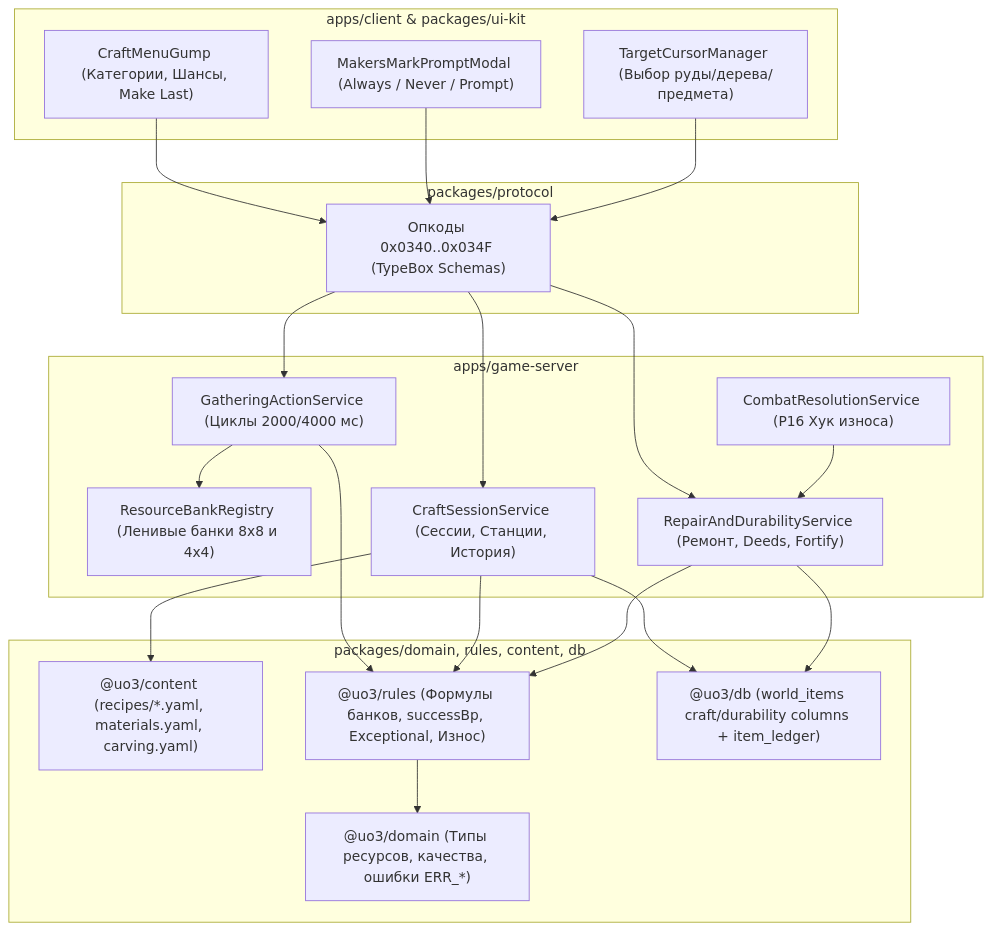
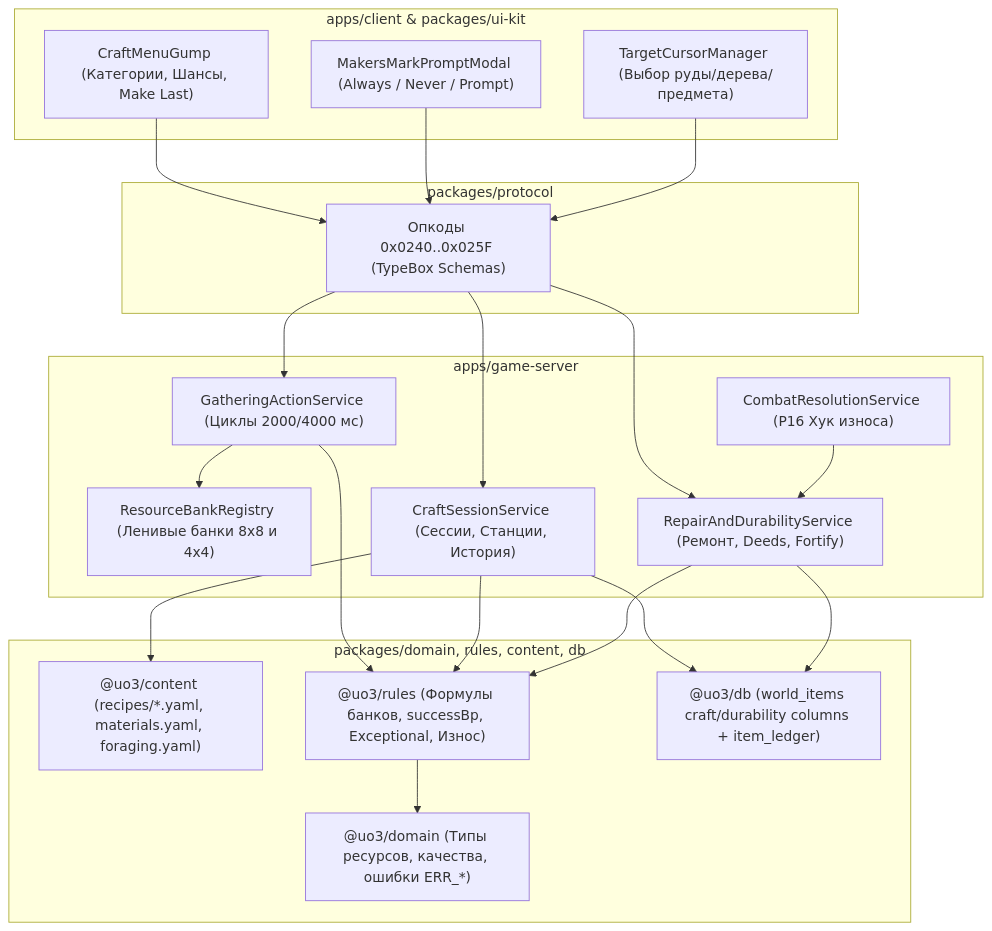
The first of 2 diagrams in openspec/changes/p20-gathering-and-crafting/design.md (SergioAndreev/uo3), drawn with Mermaid before and after one commit. The commit also changed other lines of this file and 188 other files, not shown here.

````diff
--- a/openspec/changes/p20-gathering-and-crafting/design.md
+++ b/openspec/changes/p20-gathering-and-crafting/design.md
@@ -107,43 +107,43 @@
 ```mermaid
 flowchart TD
     subgraph Client["apps/client & packages/ui-kit"]
         CG["CraftMenuGump (Категории, Шансы, Make Last)"]
         MM["MakersMarkPromptModal (Always / Never / Prompt)"]
         TC["TargetCursorManager (Выбор руды/дерева/предмета)"]
     end
 
     subgraph Protocol["packages/protocol"]
-        OP["Опкоды 0x0340..0x034F (TypeBox Schemas)"]
+        OP["Опкоды 0x0240..0x025F (TypeBox Schemas)"]
     end
 
     subgraph GameServer["apps/game-server"]
         GAS["GatheringActionService (Циклы 2000/4000 мс)"]
         RBR["ResourceBankRegistry (Ленивые банки 8x8 и 4x4)"]
         CSS["CraftSessionService (Сессии, Станции, История)"]
         RDS["RepairAndDurabilityService (Ремонт, Deeds, Fortify)"]
         CRS["CombatResolutionService (P16 Хук износа)"]
     end
 
     subgraph CorePackages["packages/domain, rules, content, db"]
-        CNT["@uo3/content (recipes/*.yaml, materials.yaml, carving.yaml)"]
+        CNT["@uo3/content (recipes/*.yaml, materials.yaml, foraging.yaml)"]
         RLS["@uo3/rules (Формулы банков, successBp, Exceptional, Износ)"]
         DOM["@uo3/domain (Типы ресурсов, качества, ошибки ERR_*)"]
         DB["@uo3/db (world_items craft/durability columns + item_ledger)"]
     end
 
     CG --> OP
     MM --> OP
     TC --> OP
     OP --> GAS
     OP --> CSS
     OP --> RDS
     GAS --> RBR
     GAS --> RLS
     CSS --> CNT
     CSS --> RLS
     CSS --> DB
     RDS --> RLS
     RDS --> DB
     CRS --> RDS
     RLS --> DOM
 ```
````
